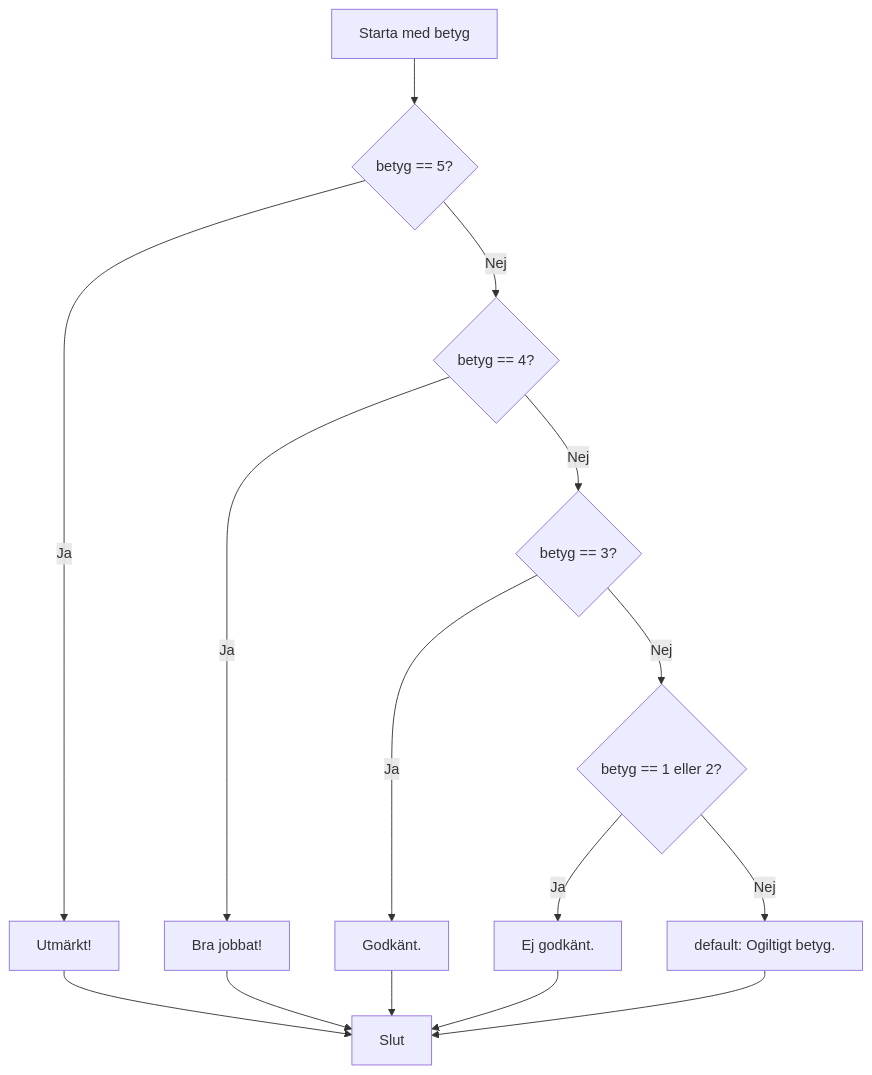
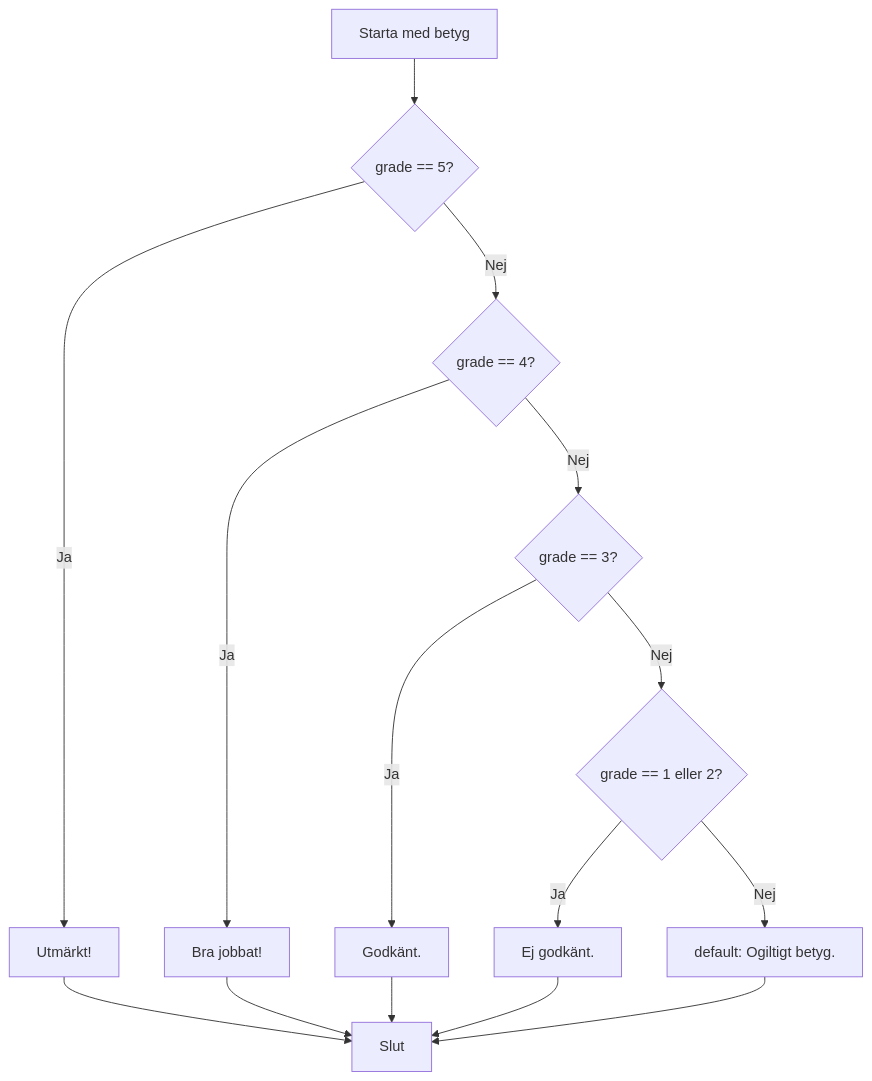
Before and after one commit to marcusjobb/programmering-csharp: the diagram in docs/if/switch.md, drawn with Mermaid. The commit also changed other lines of this file and 22 other files, not shown here.

````diff
--- a/docs/if/switch.md
+++ b/docs/if/switch.md
@@ -83,13 +83,13 @@
 ```mermaid
 flowchart TD
-    A[Starta med betyg] --> B{betyg == 5?}
+    A[Starta med betyg] --> B{grade == 5?}
     B -->|Ja| C[Utmärkt!]
-    B -->|Nej| D{betyg == 4?}
+    B -->|Nej| D{grade == 4?}
     D -->|Ja| E[Bra jobbat!]
-    D -->|Nej| F{betyg == 3?}
+    D -->|Nej| F{grade == 3?}
     F -->|Ja| G[Godkänt.]
-    F -->|Nej| H{betyg == 1 eller 2?}
+    F -->|Nej| H{grade == 1 eller 2?}
     H -->|Ja| I[Ej godkänt.]
     H -->|Nej| J[default: Ogiltigt betyg.]
     C & E & G & I & J --> K[Slut]
 ```
````
